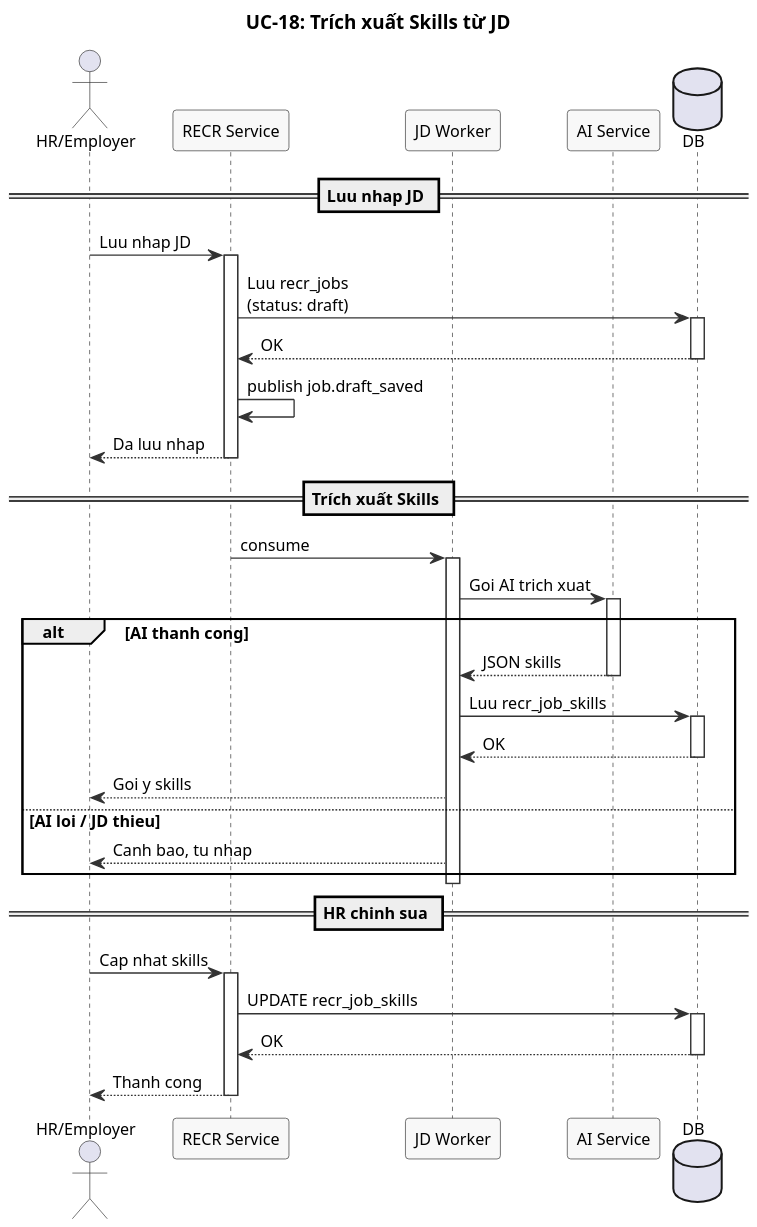
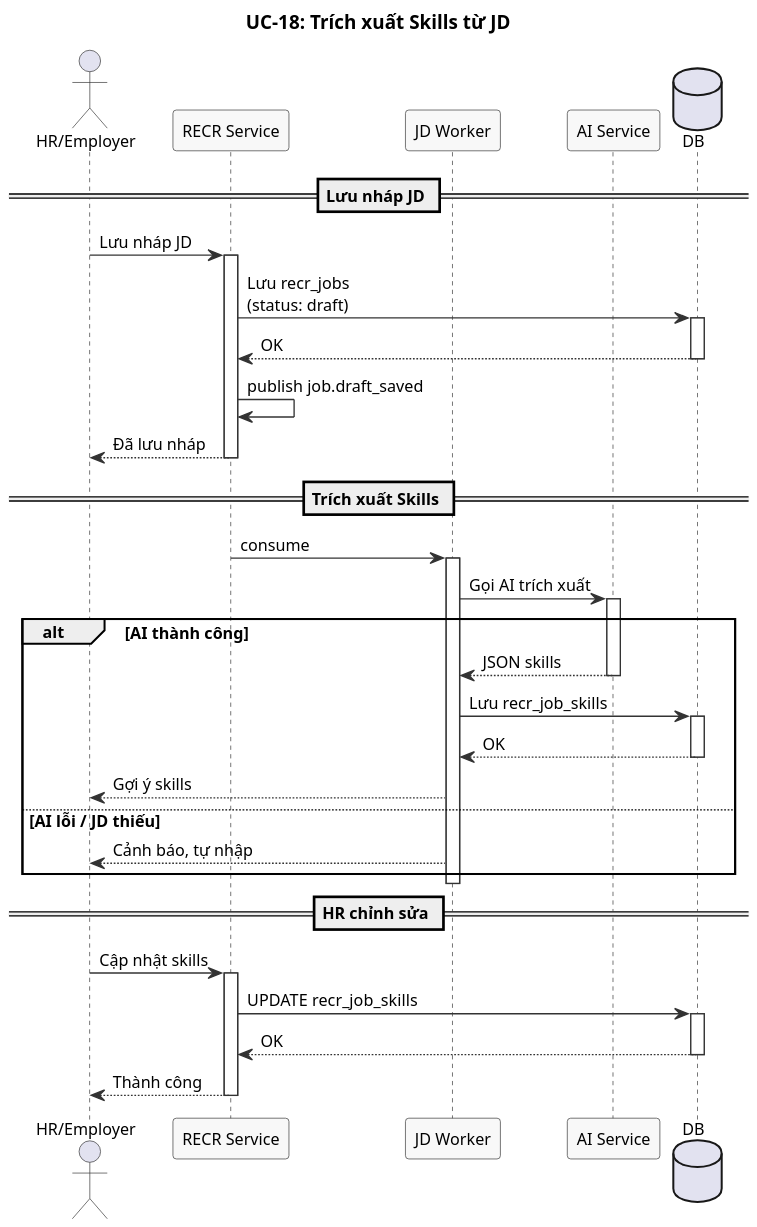
One commit to namnh240795/document changed the diagram in modules/recr/diagrams/sequence/uc18-jd-skill-extraction-sequence.puml. Above: the diagram before and after it, drawn with PlantUML. The commit also changed 25 other files, not shown here.

First line of the commit message:
feat(recr): add UC-20 Candidate Suggestion for New Jobs

```diff
--- a/modules/recr/diagrams/sequence/uc18-jd-skill-extraction-sequence.puml
+++ b/modules/recr/diagrams/sequence/uc18-jd-skill-extraction-sequence.puml
@@ -1,66 +1,66 @@
 @startuml
 ' UC-18: Trích xuất Skills từ JD - Sơ đồ Chuỗi
 skinparam dpi 150
 skinparam defaultFontSize 12
 skinparam nodesep 15
 skinparam ranksep 15
 skinparam sequence {
   ArrowColor #333333
   ActorBorderColor #333333
   LifeLineBorderColor #333333
   ParticipantBackgroundColor #F8F8F8
   ParticipantBorderColor #333333
 }
 
 title UC-18: Trích xuất Skills từ JD
 
 actor "HR/Employer" as HR
 participant "RECR Service" as R
 participant "JD Worker" as W
 participant "AI Service" as AI
 database "DB" as DB
 
-== Luu nhap JD ==
+== Lưu nháp JD ==
 
-HR -> R : Luu nhap JD
+HR -> R : Lưu nháp JD
 activate R
-R -> DB : Luu recr_jobs\n(status: draft)
+R -> DB : Lưu recr_jobs\n(status: draft)
 activate DB
 DB --> R : OK
 deactivate DB
 R -> R : publish job.draft_saved
-R --> HR : Da luu nhap
+R --> HR : Đã lưu nháp
 deactivate R
 
 == Trích xuất Skills ==
 
 R -> W : consume
 activate W
-W -> AI : Goi AI trich xuat
+W -> AI : Gọi AI trích xuất
 activate AI
 
-alt AI thanh cong
+alt AI thành công
   AI --> W : JSON skills
   deactivate AI
-  W -> DB : Luu recr_job_skills
+  W -> DB : Lưu recr_job_skills
   activate DB
   DB --> W : OK
   deactivate DB
-  W --> HR : Goi y skills
-else AI loi / JD thieu
-  W --> HR : Canh bao, tu nhap
+  W --> HR : Gợi ý skills
+else AI lỗi / JD thiếu
+  W --> HR : Cảnh báo, tự nhập
 end
 deactivate W
 
-== HR chinh sua ==
+== HR chỉnh sửa ==
 
-HR -> R : Cap nhat skills
+HR -> R : Cập nhật skills
 activate R
 R -> DB : UPDATE recr_job_skills
 activate DB
 DB --> R : OK
 deactivate DB
-R --> HR : Thanh cong
+R --> HR : Thành công
 deactivate R
 
 @enduml
```
